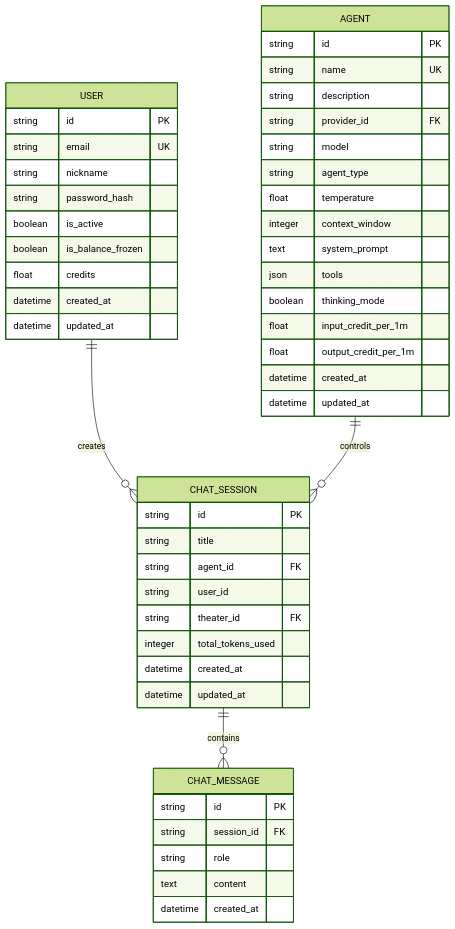
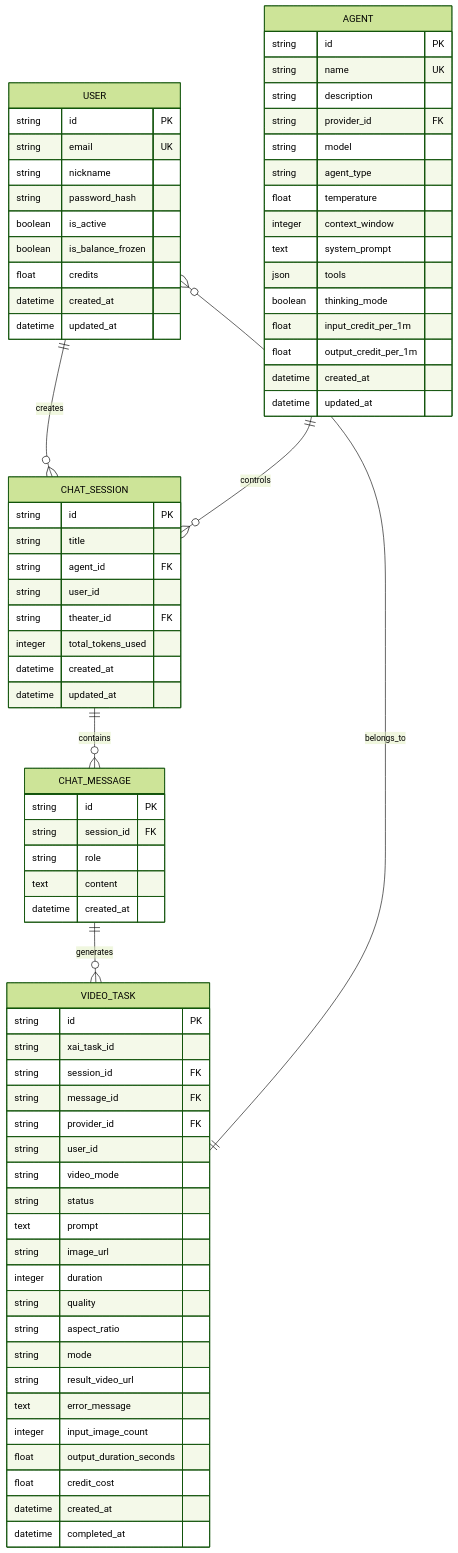
Before and after one commit to KunLabAI/KunFlix: the second of 15 diagrams in .qoder/repowiki/zh/content/前端应用架构/状态管理/Zustand Store 设计/增强的AI助手存储.md, drawn with Mermaid (forest theme). The commit also changed other lines of this file and 29 other files, not shown here.

````diff
--- a/.qoder/repowiki/zh/content/前端应用架构/状态管理/Zustand Store 设计/增强的AI助手存储.md
+++ b/.qoder/repowiki/zh/content/前端应用架构/状态管理/Zustand Store 设计/增强的AI助手存储.md
@@ -89,51 +111,76 @@
 ```mermaid
 erDiagram
 USER {
 string id PK
 string email UK
 string nickname
 string password_hash
 boolean is_active
 boolean is_balance_frozen
 float credits
 datetime created_at
 datetime updated_at
 }
 AGENT {
 string id PK
 string name UK
 string description
 string provider_id FK
 string model
 string agent_type
 float temperature
 integer context_window
 text system_prompt
 json tools
 boolean thinking_mode
 float input_credit_per_1m
 float output_credit_per_1m
 datetime created_at
 datetime updated_at
 }
 CHAT_SESSION {
 string id PK
 string title
 string agent_id FK
 string user_id
 string theater_id FK
 integer total_tokens_used
 datetime created_at
 datetime updated_at
 }
 CHAT_MESSAGE {
 string id PK
 string session_id FK
 string role
 text content
 datetime created_at
 }
+VIDEO_TASK {
+string id PK
+string xai_task_id
+string session_id FK
+string message_id FK
+string provider_id FK
+string user_id
+string video_mode
+string status
+text prompt
+string image_url
+integer duration
+string quality
+string aspect_ratio
+string mode
+string result_video_url
+text error_message
+integer input_image_count
+float output_duration_seconds
+float credit_cost
+datetime created_at
+datetime completed_at
+}
 USER ||--o{ CHAT_SESSION : creates
 AGENT ||--o{ CHAT_SESSION : controls
 CHAT_SESSION ||--o{ CHAT_MESSAGE : contains
+CHAT_MESSAGE ||--o{ VIDEO_TASK : generates
+VIDEO_TASK ||--o{ USER : belongs_to
 ```
````
